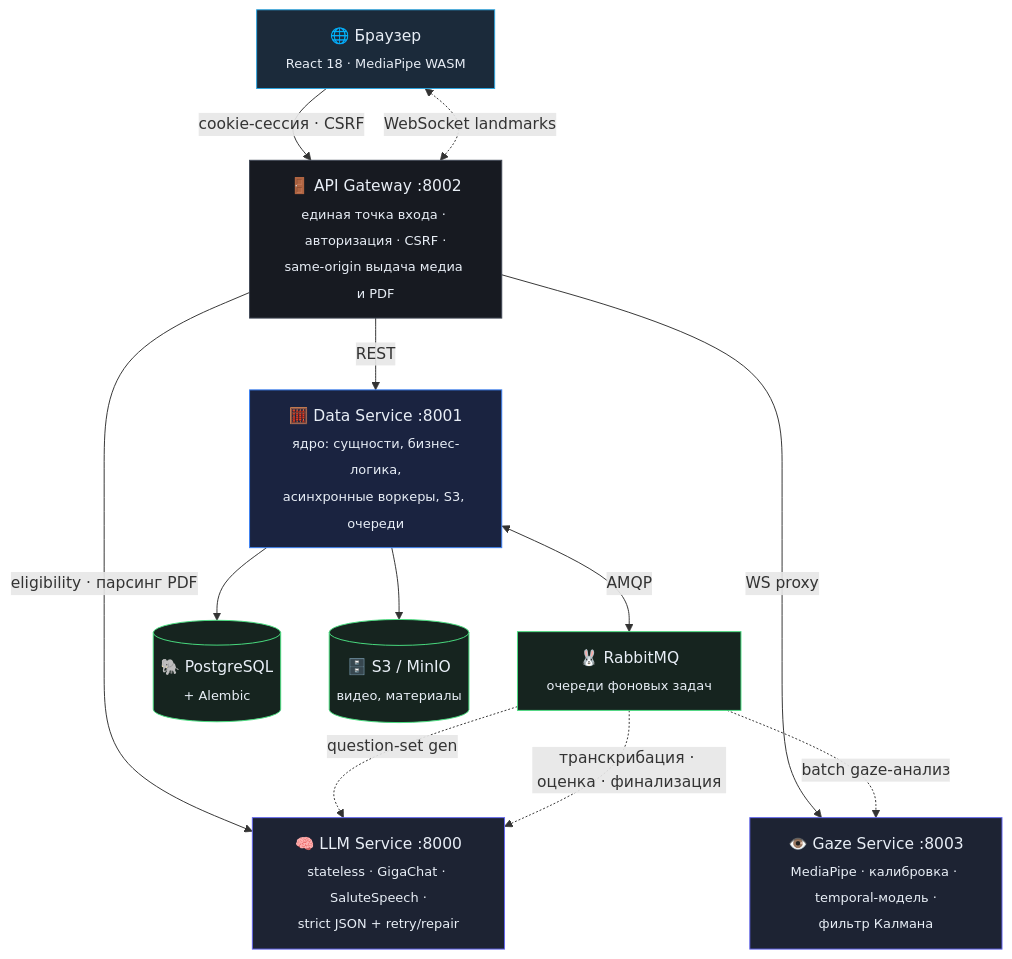
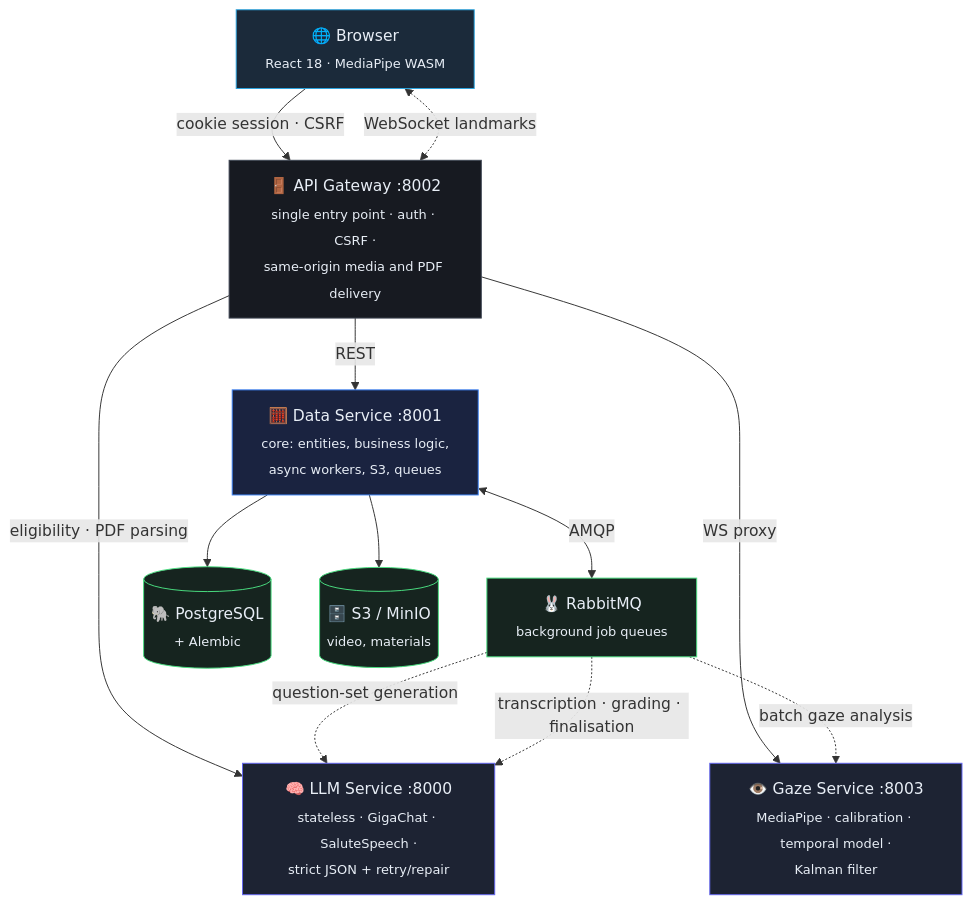
The second of 3 diagrams in README.md (simeonkolchin/ai-interview), drawn with Mermaid before and after one commit. The commit also changed other lines of this file, not shown here.

````diff
--- a/README.md
+++ b/README.md
@@ -136,34 +136,34 @@
 ```mermaid
 flowchart TD
-    B["🌐 Браузер<br/><sub>React 18 · MediaPipe WASM</sub>"] -->|"cookie-сессия · CSRF"| GW
+    B["🌐 Browser<br/><sub>React 18 · MediaPipe WASM</sub>"] -->|"cookie session · CSRF"| GW
     B <-.->|"WebSocket landmarks"| GW
 
-    GW["🚪 API Gateway :8002<br/><sub>единая точка входа · авторизация · CSRF ·<br/>same-origin выдача медиа и PDF</sub>"]
+    GW["🚪 API Gateway :8002<br/><sub>single entry point · auth · CSRF ·<br/>same-origin media and PDF delivery</sub>"]
 
     GW -->|"REST"| DS
-    GW -->|"eligibility · парсинг PDF"| LLM
+    GW -->|"eligibility · PDF parsing"| LLM
     GW -->|"WS proxy"| GZ
 
-    DS["🧮 Data Service :8001<br/><sub>ядро: сущности, бизнес-логика,<br/>асинхронные воркеры, S3, очереди</sub>"]
-    DS <-->|"AMQP"| MQ["🐰 RabbitMQ<br/><sub>очереди фоновых задач</sub>"]
+    DS["🧮 Data Service :8001<br/><sub>core: entities, business logic,<br/>async workers, S3, queues</sub>"]
+    DS <-->|"AMQP"| MQ["🐰 RabbitMQ<br/><sub>background job queues</sub>"]
     DS --> PG[("🐘 PostgreSQL<br/><sub>+ Alembic</sub>")]
-    DS --> S3[("🗄️ S3 / MinIO<br/><sub>видео, материалы</sub>")]
+    DS --> S3[("🗄️ S3 / MinIO<br/><sub>video, materials</sub>")]
 
-    MQ -.->|"question-set gen"| LLM
-    MQ -.->|"транскрибация · оценка · финализация"| LLM
-    MQ -.->|"batch gaze-анализ"| GZ
+    MQ -.->|"question-set generation"| LLM
+    MQ -.->|"transcription · grading · finalisation"| LLM
+    MQ -.->|"batch gaze analysis"| GZ
 
     LLM["🧠 LLM Service :8000<br/><sub>stateless · GigaChat · SaluteSpeech ·<br/>strict JSON + retry/repair</sub>"]
-    GZ["👁️ Gaze Service :8003<br/><sub>MediaPipe · калибровка · temporal-модель ·<br/>фильтр Калмана</sub>"]
+    GZ["👁️ Gaze Service :8003<br/><sub>MediaPipe · calibration · temporal model ·<br/>Kalman filter</sub>"]
 
     classDef front fill:#1b2a3a,stroke:#2CA5E0,color:#e8eef6
     classDef gw fill:#171a21,stroke:#3f4654,color:#e8eef6
     classDef core fill:#1a2340,stroke:#3b82f6,color:#e8eef6
     classDef ai fill:#1d2333,stroke:#6366f1,color:#e8eef6
     classDef infra fill:#16241f,stroke:#4ade80,color:#e8eef6
     class B front
     class GW gw
     class DS core
     class LLM,GZ ai
     class PG,S3,MQ infra
 ```
````
